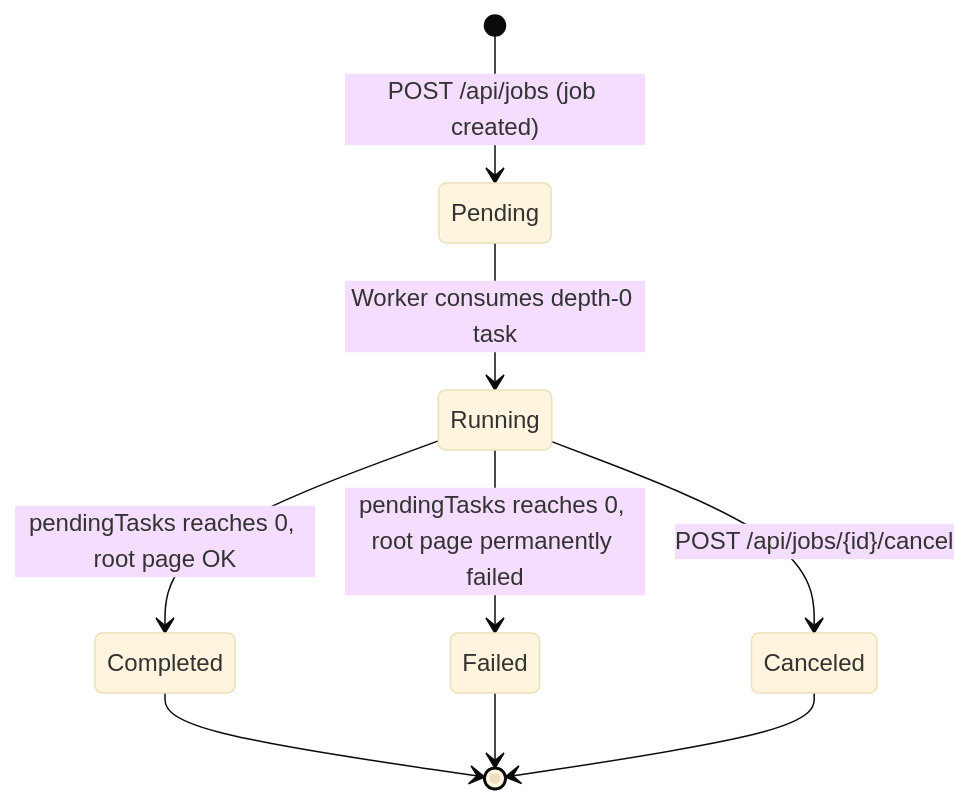
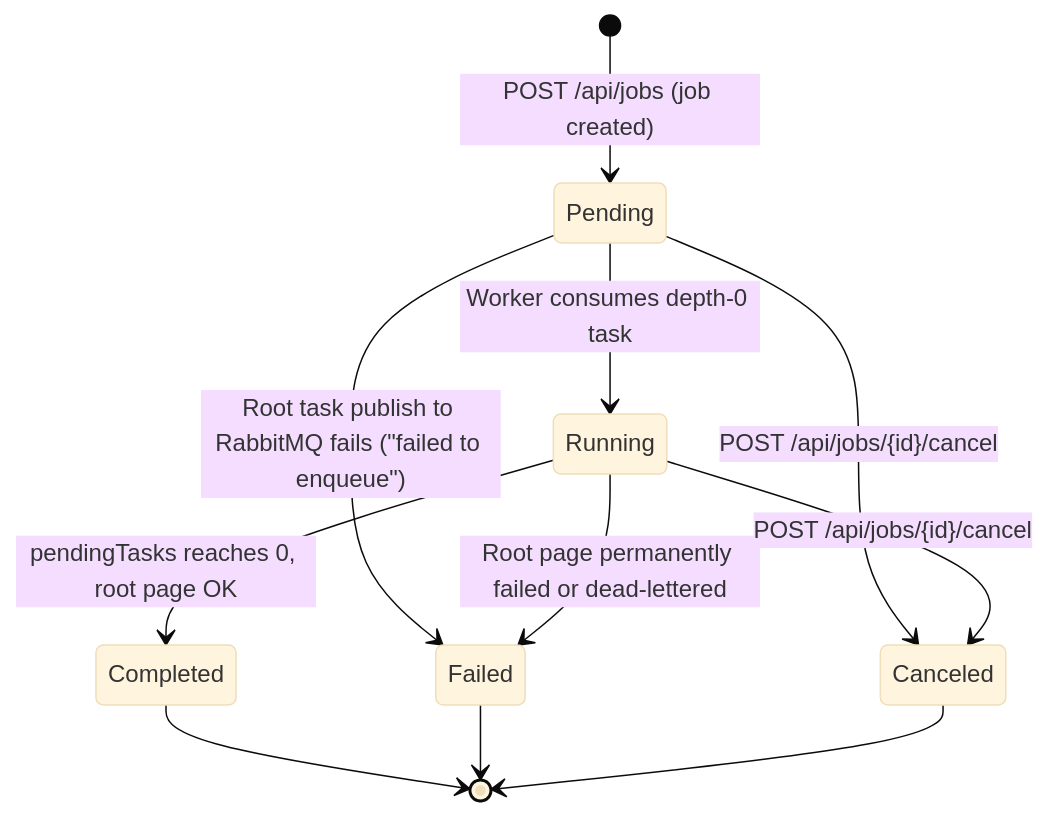
One commit to Moeez-Umer/web-crawler changed the second of 4 diagrams in docs/Flow.md. Above: the diagram before and after it, drawn with Mermaid (base theme). The commit also changed other lines of this file and 34 other files, not shown here.

````diff
--- a/docs/Flow.md
+++ b/docs/Flow.md
@@ -84,11 +86,13 @@
 ```mermaid
 stateDiagram-v2
     [*] --> Pending : POST /api/jobs (job created)
+    Pending --> Failed : Root task publish to RabbitMQ fails ("failed to enqueue")
+    Pending --> Canceled : POST /api/jobs/{id}/cancel
     Pending --> Running : Worker consumes depth-0 task
     Running --> Completed : pendingTasks reaches 0, root page OK
-    Running --> Failed : pendingTasks reaches 0, root page permanently failed
+    Running --> Failed : Root page permanently failed or dead-lettered
     Running --> Canceled : POST /api/jobs/{id}/cancel
     Completed --> [*]
     Failed --> [*]
     Canceled --> [*]
 ```
````
